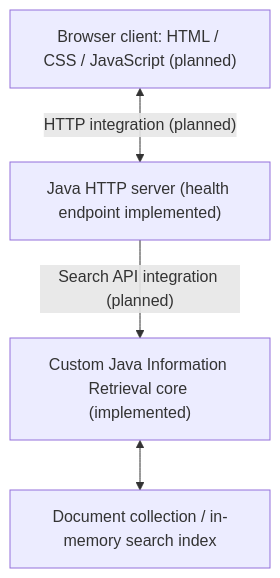
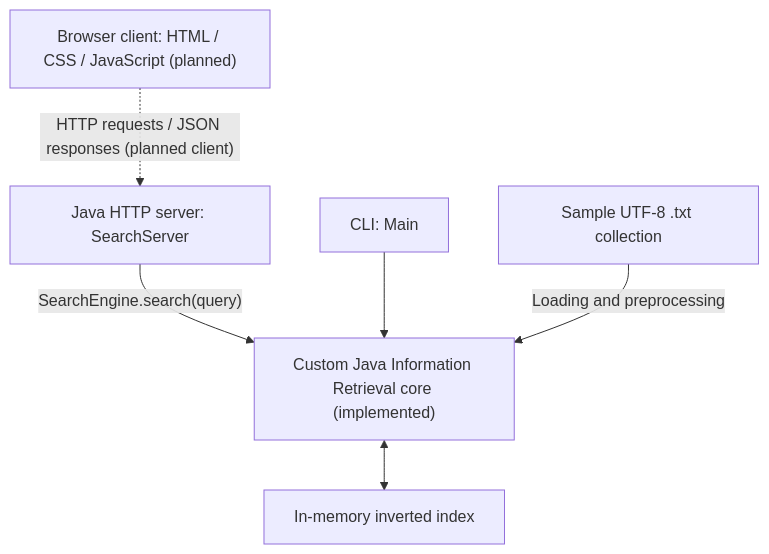
One commit to RIFAT-x7/iit-search-engine changed the diagram in README.md. Above: the diagram before and after it, drawn with Mermaid. The commit also changed other lines of this file and 3 other files, not shown here.

Commit message:
docs: document HTTP search and JSON API

````diff
--- a/README.md
+++ b/README.md
@@ -25,10 +28,14 @@
 ```mermaid
 flowchart TD
     Client["Browser client: HTML / CSS / JavaScript (planned)"]
-    Server["Java HTTP server (health endpoint implemented)"]
+    Server["Java HTTP server: SearchServer"]
+    CLI["CLI: Main"]
     Core["Custom Java Information Retrieval core (implemented)"]
-    Data["Document collection / in-memory search index"]
-    Client <-->|"HTTP integration (planned)"| Server
-    Server -->|"Search API integration (planned)"| Core
-    Core <--> Data
+    Index["In-memory inverted index"]
+    Data["Sample UTF-8 .txt collection"]
+    Client -.->|"HTTP requests / JSON responses (planned client)"| Server
+    Server -->|"SearchEngine.search(query)"| Core
+    CLI --> Core
+    Data -->|"Loading and preprocessing"| Core
+    Core <--> Index
 ```
````
